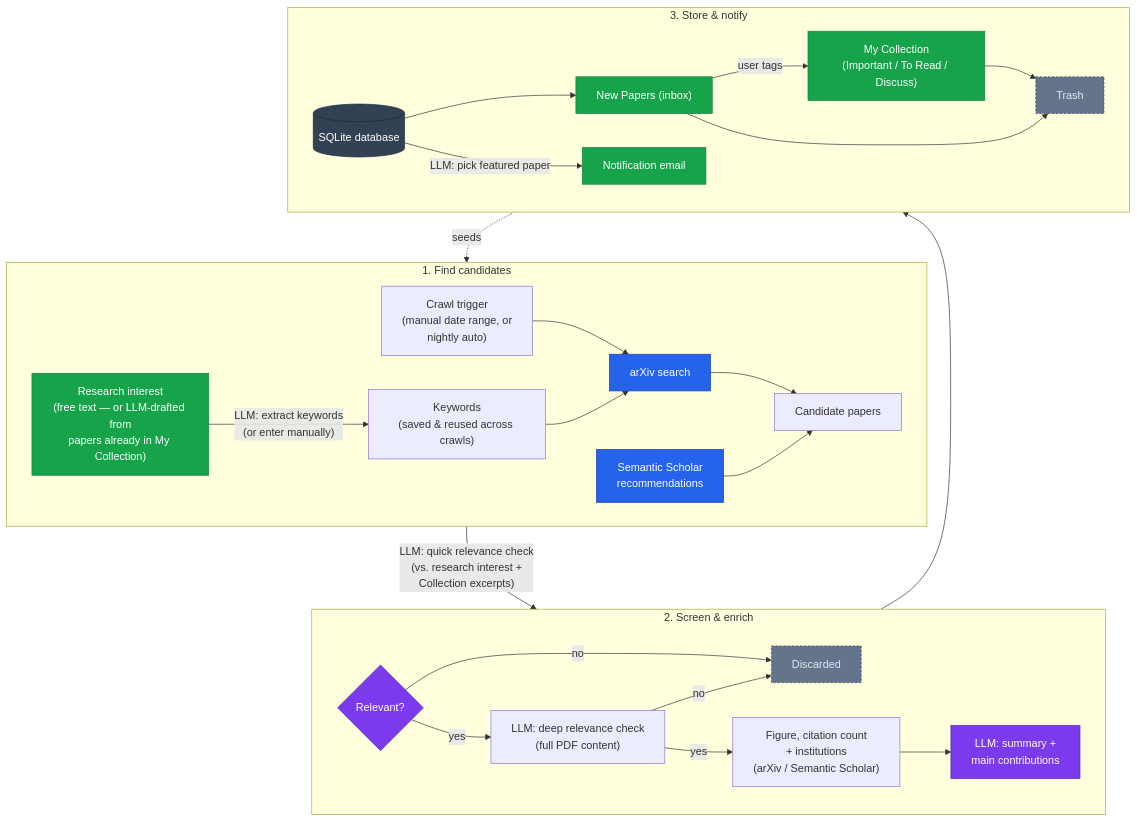
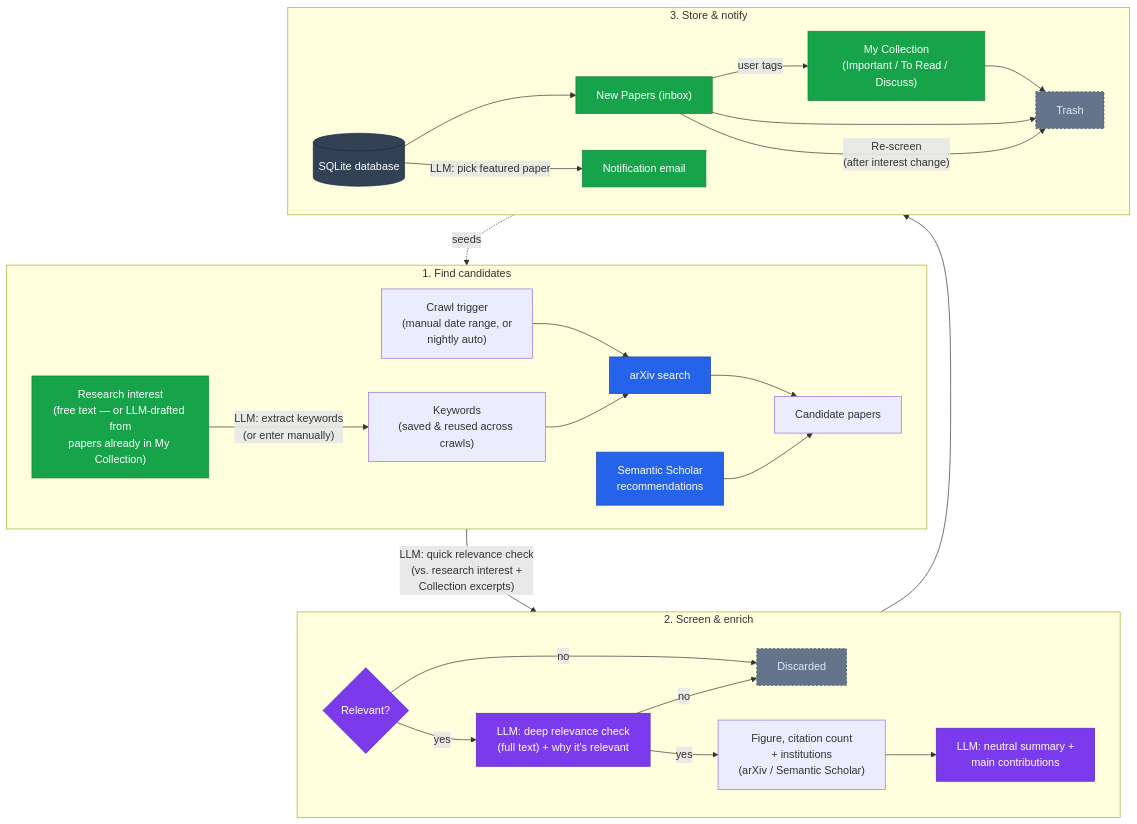
One commit to MassEast/paper-agent changed the diagram in README.md. Above: the diagram before and after it, drawn with Mermaid. The commit also changed other lines of this file and 24 other files, not shown here.

First line of the commit message:
feat: per-project "why it's relevant" line, copy/move papers between projects, re-screen New Papers

````diff
--- a/README.md
+++ b/README.md
@@ -26,44 +26,45 @@
 ```mermaid
 flowchart TD
     subgraph Phase1["1. Find candidates"]
         direction LR
         RI["Research interest<br/>(free text — or LLM-drafted from<br/>papers already in My Collection)"] -->|"LLM: extract keywords<br/>(or enter manually)"| KW["Keywords<br/>(saved & reused across crawls)"]
         SCHED["Crawl trigger<br/>(manual date range, or<br/>nightly auto)"] --> ARX["arXiv search"]
         KW --> ARX
         ARX --> CAND["Candidate papers"]
         SS["Semantic Scholar<br/>recommendations"] --> CAND
     end
 
     subgraph Phase2["2. Screen & enrich"]
         direction LR
-        Q{Relevant?} -- yes --> DEEP["LLM: deep relevance check<br/>(full PDF content)"]
+        Q{Relevant?} -- yes --> DEEP["LLM: deep relevance check<br/>(full text) + why it's relevant"]
         Q -- no --> DROP["Discarded"]
         DEEP -- no --> DROP
         DEEP -- yes --> FIG["Figure, citation count<br/>+ institutions<br/>(arXiv / Semantic Scholar)"]
-        FIG --> SUM["LLM: summary +<br/>main contributions"]
+        FIG --> SUM["LLM: neutral summary +<br/>main contributions"]
     end
 
     subgraph Phase3["3. Store & notify"]
         direction LR
         DB[("SQLite database")] --> NEW["New Papers (inbox)"]
         NEW -->|"user tags"| COLL["My Collection<br/>(Important / To Read / Discuss)"]
         COLL --> TRASH["Trash"]
         NEW --> TRASH
+        NEW -->|"Re-screen<br/>(after interest change)"| TRASH
         DB -->|"LLM: pick featured paper"| MAIL["Notification email"]
     end
 
     CAND -->|"LLM: quick relevance check<br/>(vs. research interest +<br/>Collection excerpts)"| Q
     SUM --> DB
     COLL -.->|"seeds"| SS
 
     classDef external fill:#2563eb,color:#fff,stroke:#1e40af,stroke-width:1px
     classDef llm fill:#7c3aed,color:#fff,stroke:#5b21b6,stroke-width:1px
     classDef store fill:#334155,color:#fff,stroke:#1e293b,stroke-width:1px
     classDef endpoint fill:#16a34a,color:#fff,stroke:#15803d,stroke-width:1px
     classDef dropped fill:#64748b,color:#e2e8f0,stroke:#334155,stroke-width:1px,stroke-dasharray:3 3
     class ARX,SS external
-    class Q,SUM llm
+    class Q,DEEP,SUM llm
     class DB store
     class RI,NEW,COLL,MAIL endpoint
     class DROP,TRASH dropped
 ```
````
